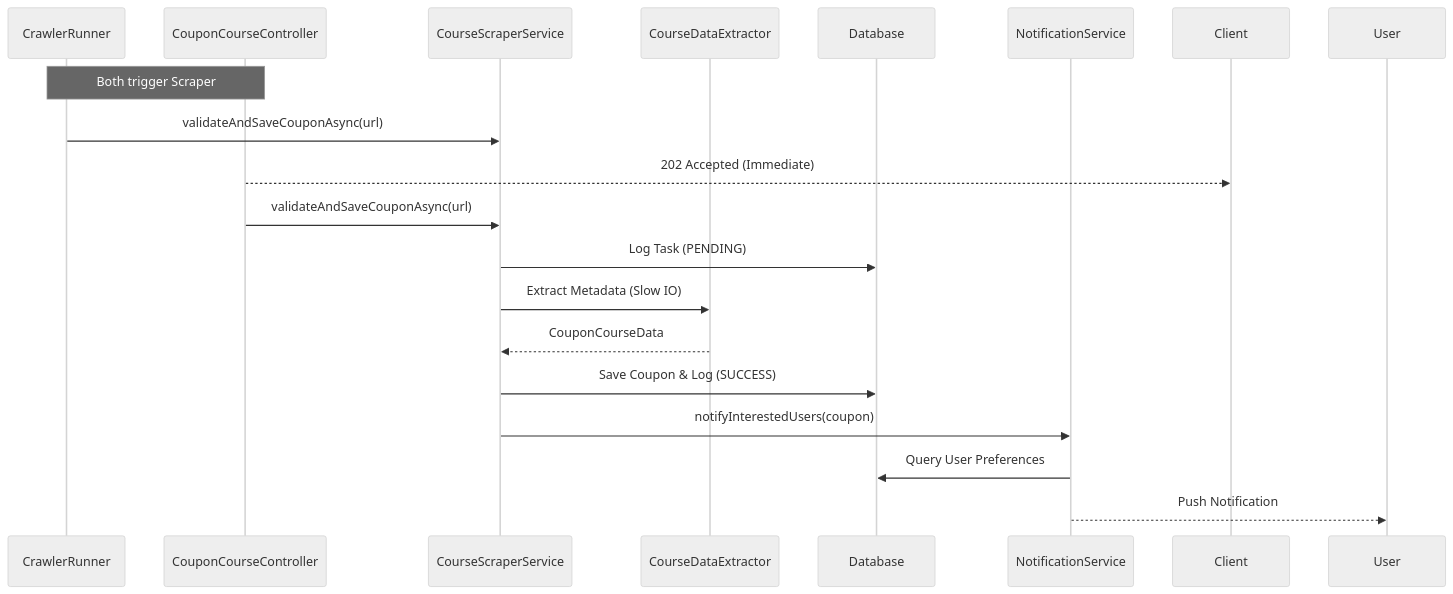
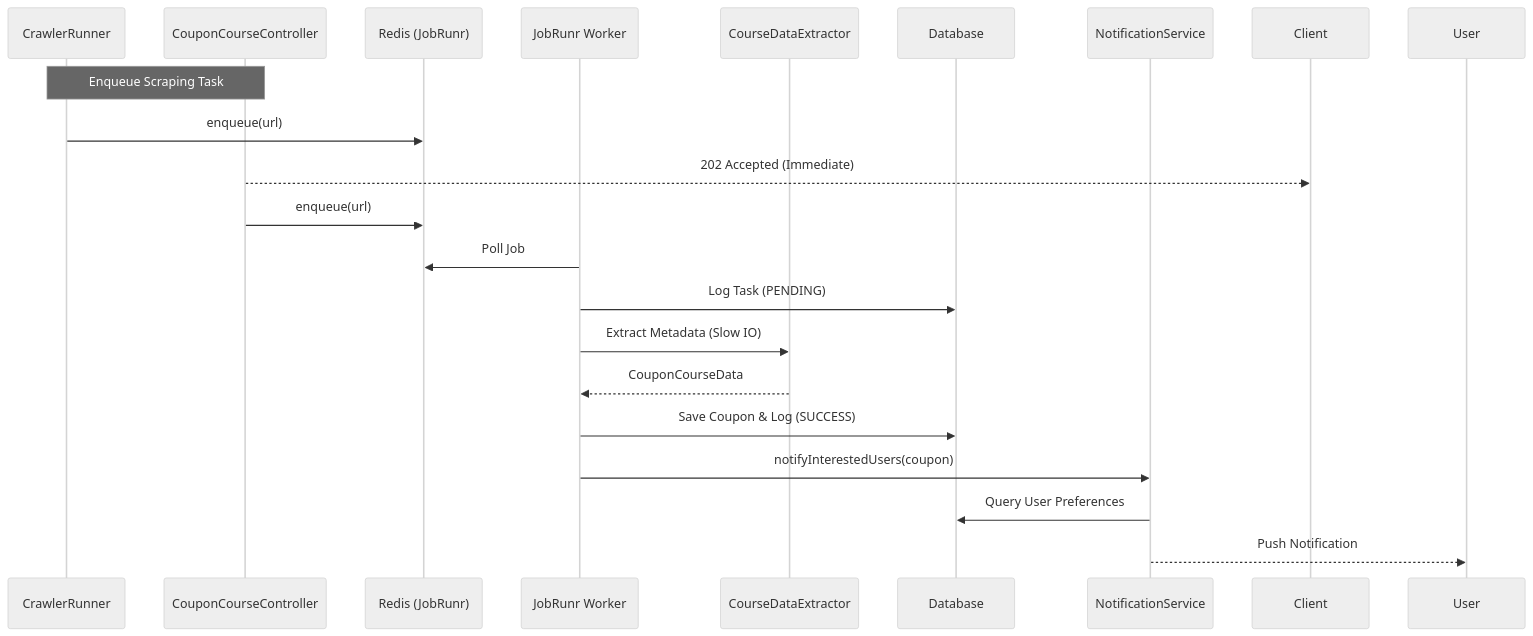
The diagram in docs/business-logic.md (Huythanh0x/udemy_coupon_server_java_spring), drawn with Mermaid (neutral theme) before and after one commit. The commit also changed other lines of this file and 2 other files, not shown here.

First line of the commit message:
docs: update architecture and project documentation for JobRunr migration

````diff
--- a/docs/business-logic.md
+++ b/docs/business-logic.md
@@ -33,23 +34,25 @@
 ```mermaid
 sequenceDiagram
     participant Crawler as CrawlerRunner
     participant API as CouponCourseController
-    participant Scraper as CourseScraperService
+    participant Redis as Redis (JobRunr)
+    participant Scraper as JobRunr Worker
     participant Extractor as CourseDataExtractor
     participant DB as Database
     participant FCM as NotificationService
 
-    Note over Crawler, API: Both trigger Scraper
-    Crawler->>Scraper: validateAndSaveCouponAsync(url)
+    Note over Crawler, API: Enqueue Scraping Task
+    Crawler->>Redis: enqueue(url)
     API-->>Client: 202 Accepted (Immediate)
-    API->>Scraper: validateAndSaveCouponAsync(url)
+    API->>Redis: enqueue(url)
     
+    Scraper->>Redis: Poll Job
     Scraper->>DB: Log Task (PENDING)
     Scraper->>Extractor: Extract Metadata (Slow IO)
     Extractor-->>Scraper: CouponCourseData
     Scraper->>DB: Save Coupon & Log (SUCCESS)
     
     Scraper->>FCM: notifyInterestedUsers(coupon)
     FCM->>DB: Query User Preferences
     FCM-->>User: Push Notification
 ```
````
